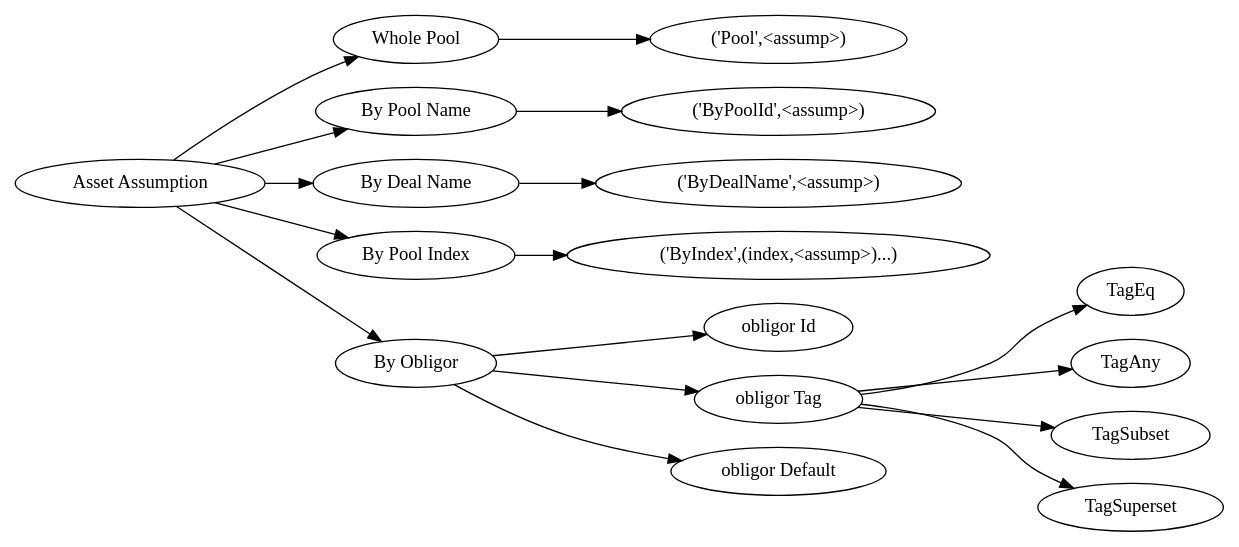
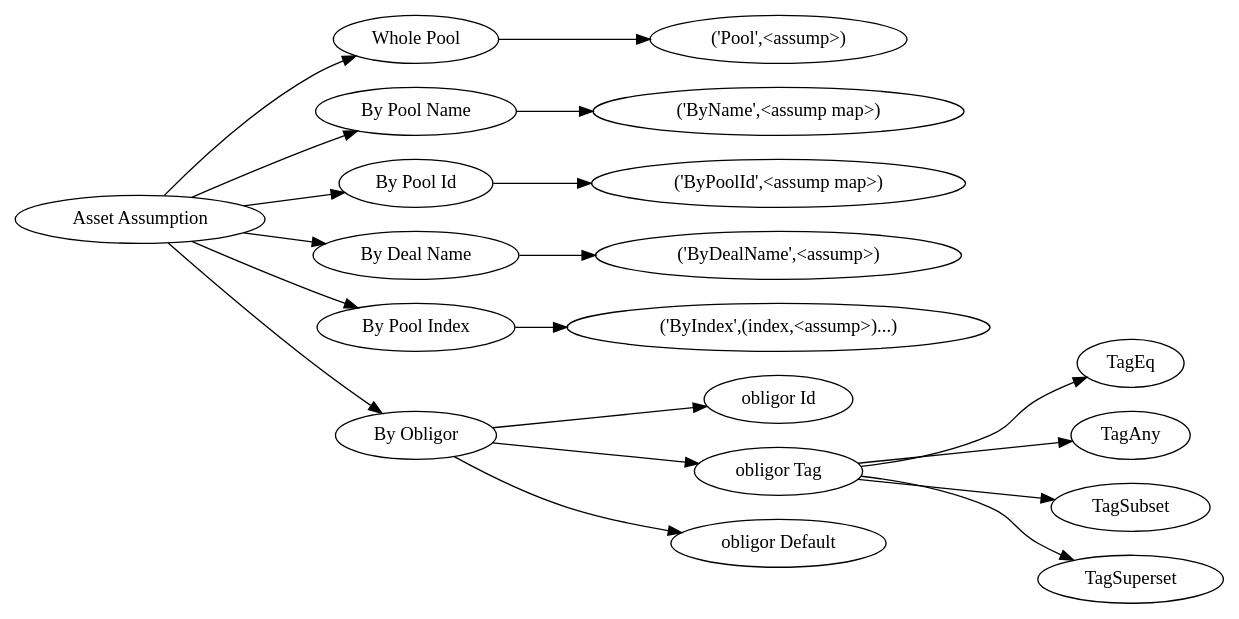
The eighth of 11 diagrams in docs/source/analytics.rst (yellowbean/AbsBox), drawn with Graphviz before and after one commit. The commit also changed other lines of this file, not shown here.

```diff
--- a/docs/source/analytics.rst
+++ b/docs/source/analytics.rst
@@ -599,25 +599,27 @@
 .. graphviz::
     :name: sphinx.ext.graphviz
     :caption: asset-assumption
     :alt: asset-assumption
     :align: center
     
     digraph {
         rankdir = LR
         "Asset Assumption" -> "Whole Pool"
         "Asset Assumption" -> "By Pool Name"
+        "Asset Assumption" -> "By Pool Id"
         "Asset Assumption" -> "By Deal Name"
         "Whole Pool" -> "('Pool',<assump>)"
-        "By Pool Name" -> "('ByPoolId',<assump>)"
+        "By Pool Name" -> "('ByName',<assump map>)"
+        "By Pool Id" -> "('ByPoolId',<assump map>)"
         "By Deal Name" -> "('ByDealName',<assump>)"
         "Asset Assumption" -> "By Pool Index"
         "By Pool Index" -> "('ByIndex',(index,<assump>)...)"
         "Asset Assumption" -> "By Obligor"
         "By Obligor" -> "obligor Id"
         "By Obligor" -> "obligor Tag"
         "By Obligor" -> "obligor Default"
         "obligor Tag" -> "TagEq"
         "obligor Tag" -> "TagAny"
         "obligor Tag" -> "TagSubset"
         "obligor Tag" -> "TagSuperset"
     }
```
